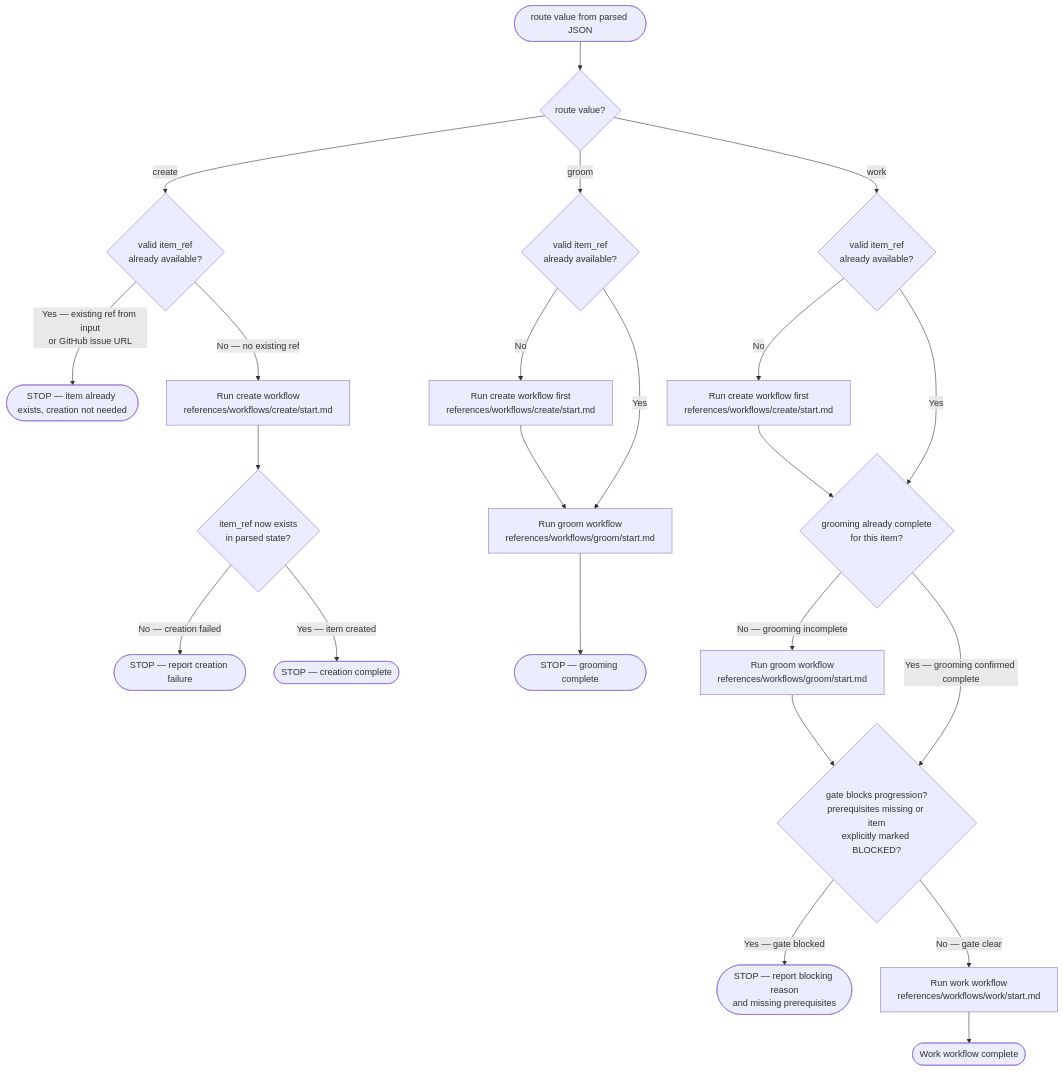
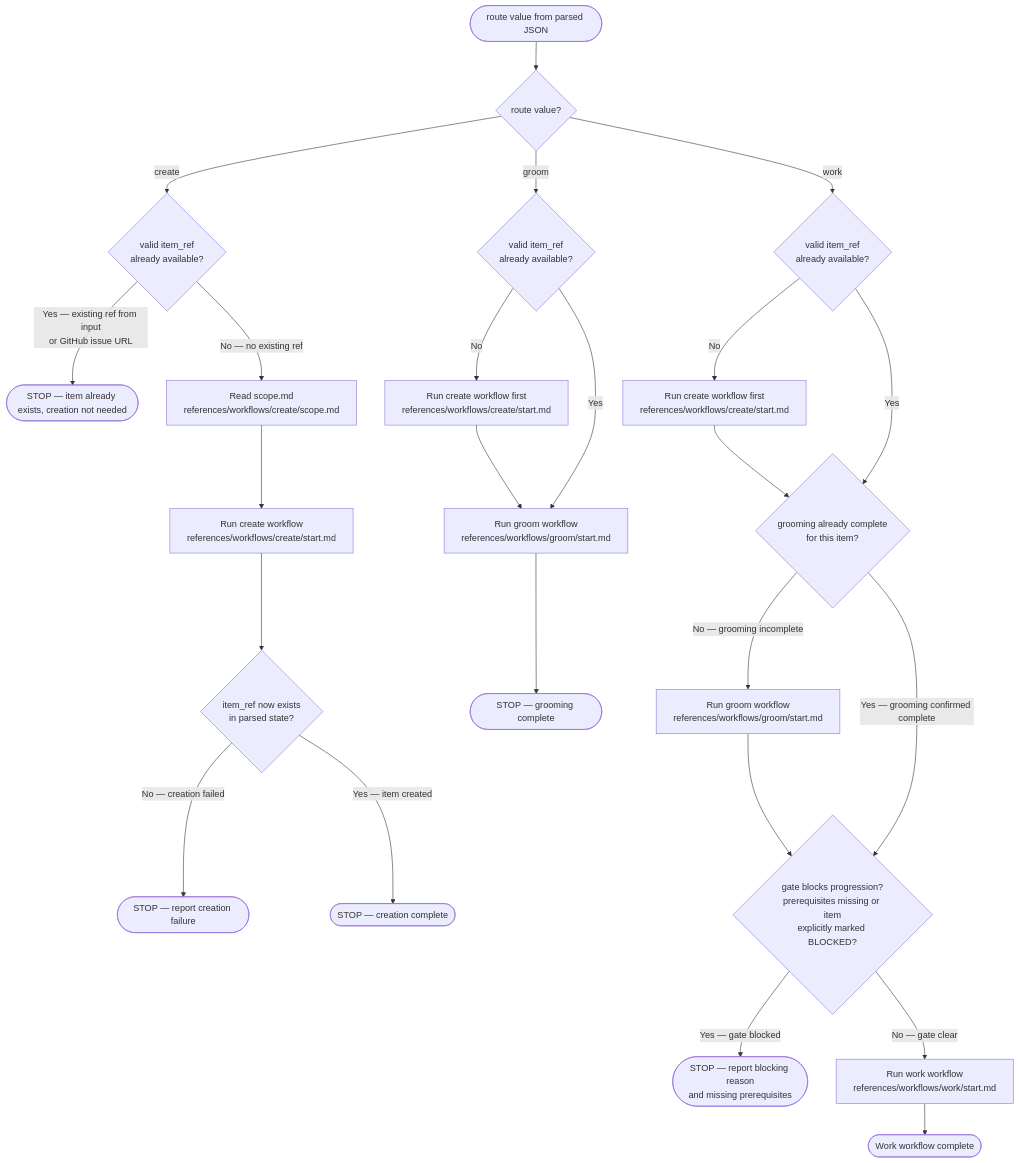
The second of 3 diagrams in plugins/development-harness/skills/work-backlog-item/SKILL.md (chgreer1070/claude_skills), drawn with Mermaid before and after one commit. The commit also changed 16 other files, not shown here.

First line of the commit message:
refactor(dh): align create/ and work/ workflow stages with groom/ pattern (#1632) (#1649)

````diff
--- a/plugins/development-harness/skills/work-backlog-item/SKILL.md
+++ b/plugins/development-harness/skills/work-backlog-item/SKILL.md
@@ -57,29 +57,30 @@
 ```mermaid
 flowchart TD
     %% Pipeline order: create -> groom -> work. Each earlier stage runs only if its output is missing.
     RouteIn(["route value from parsed JSON"]) --> RouteCheck{"route value?"}
 
     RouteCheck -->|"create"| CreateItemRef{"valid item_ref<br>already available?"}
     CreateItemRef -->|"Yes — existing ref from input<br>or GitHub issue URL"| CreateSkip(["STOP — item already exists, creation not needed"])
-    CreateItemRef -->|"No — no existing ref"| RunCreate["Run create workflow<br>references/workflows/create/start.md"]
+    CreateItemRef -->|"No — no existing ref"| CreateScope["Read scope.md<br>references/workflows/create/scope.md"]
+    CreateScope --> RunCreate["Run create workflow<br>references/workflows/create/start.md"]
     RunCreate --> CreateDone{"item_ref now exists<br>in parsed state?"}
     CreateDone -->|"No — creation failed"| CreateFail(["STOP — report creation failure"])
     CreateDone -->|"Yes — item created"| CreateEnd(["STOP — creation complete"])
 
     RouteCheck -->|"groom"| GroomItemRef{"valid item_ref<br>already available?"}
     GroomItemRef -->|"No"| GroomCreate["Run create workflow first<br>references/workflows/create/start.md"]
     GroomCreate --> GroomStart
     GroomItemRef -->|"Yes"| GroomStart["Run groom workflow<br>references/workflows/groom/start.md"]
     GroomStart --> GroomDone(["STOP — grooming complete"])
 
     RouteCheck -->|"work"| WorkItemRef{"valid item_ref<br>already available?"}
     WorkItemRef -->|"No"| WorkCreate["Run create workflow first<br>references/workflows/create/start.md"]
     WorkCreate --> WorkGroomCheck
     WorkItemRef -->|"Yes"| WorkGroomCheck{"grooming already complete<br>for this item?"}
     WorkGroomCheck -->|"No — grooming incomplete"| WorkGroom["Run groom workflow<br>references/workflows/groom/start.md"]
     WorkGroom --> WorkGate
     WorkGroomCheck -->|"Yes — grooming confirmed complete"| WorkGate{"gate blocks progression?<br>prerequisites missing or item<br>explicitly marked BLOCKED?"}
     WorkGate -->|"Yes — gate blocked"| WorkBlocked(["STOP — report blocking reason<br>and missing prerequisites"])
     WorkGate -->|"No — gate clear"| WorkRun["Run work workflow<br>references/workflows/work/start.md"]
     WorkRun --> WorkEnd(["Work workflow complete"])
 ```
````
